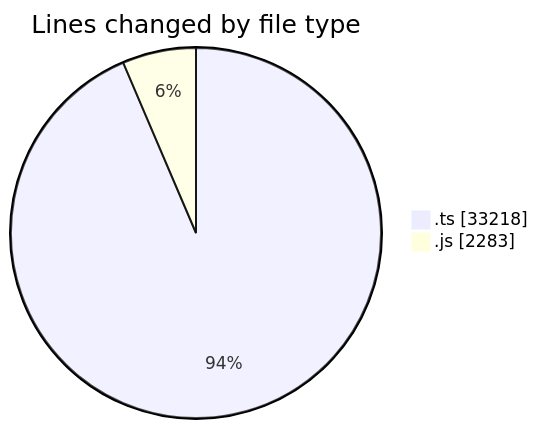
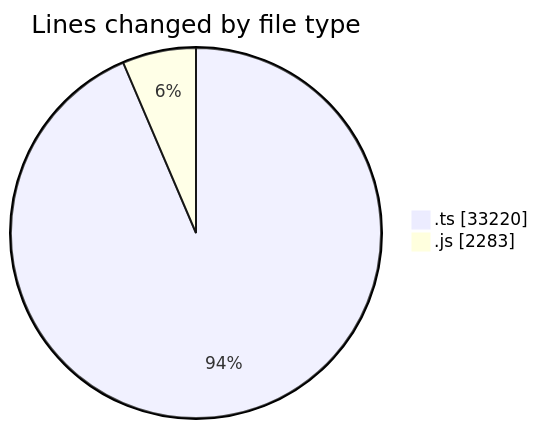
One commit to momahboobian/code-tracking changed the first of 2 diagrams in 2025-06-27/cda/README.md. Above: the diagram before and after it, drawn with Mermaid. The commit also changed other lines of this file and 1 other file, not shown here.

````diff
--- a/2025-06-27/cda/README.md
+++ b/2025-06-27/cda/README.md
@@ -32,6 +32,6 @@
 ```mermaid
 pie showData
 title Lines changed by file type
-".ts" : 33218
+".ts" : 33220
 ".js" : 2283
 ```
````
